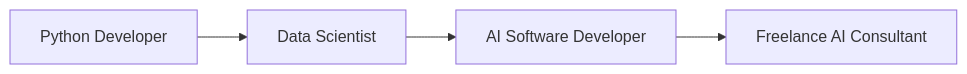
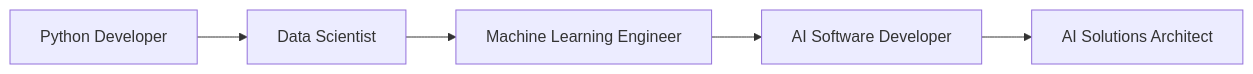
The diagram in README.md (carcruz97/carcruz97), drawn with Mermaid before and after one commit.

````diff
--- a/README.md
+++ b/README.md
@@ -48,7 +48,8 @@
 ```mermaid
 graph LR
 
     A[Python Developer] --> B[Data Scientist]
-    B --> C[AI Software Developer]
-    C --> D[Freelance AI Consultant]
+    B --> C[Machine Learning Engineer]
+    C --> D[AI Software Developer]
+    D --> E[AI Solutions Architect]
 ```
````
